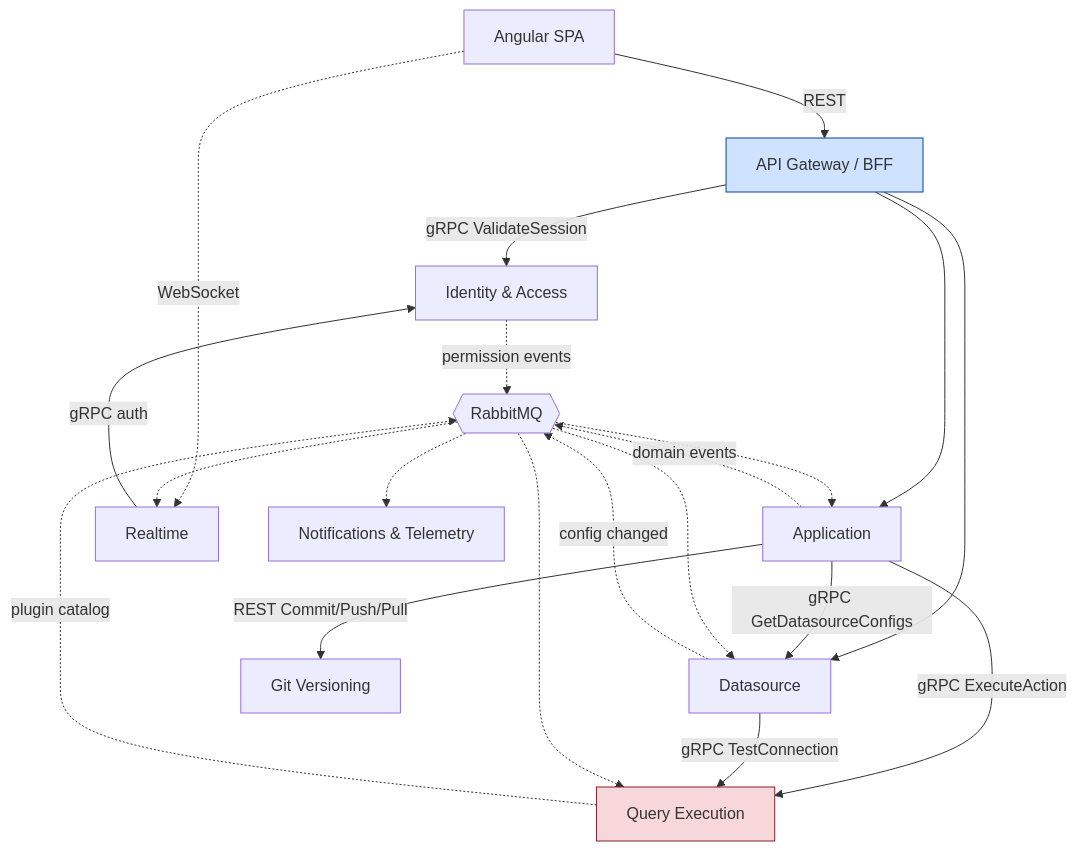
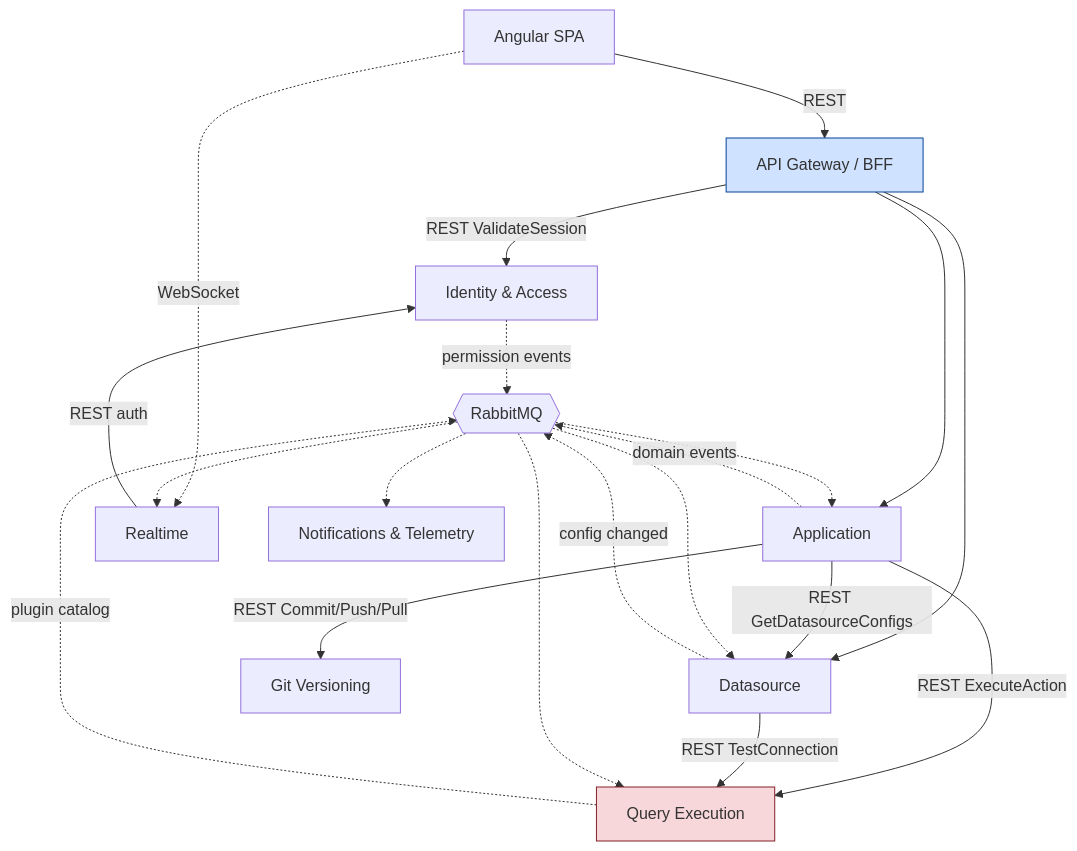
The diagram in microservices/02-target-architecture/01-service-inventory.md (hudaSharings/appsmith-docs), drawn with Mermaid before and after one commit. The commit also changed other lines of this file and 24 other files, not shown here.

````diff
--- a/microservices/02-target-architecture/01-service-inventory.md
+++ b/microservices/02-target-architecture/01-service-inventory.md
@@ -267,37 +273,37 @@
 ```mermaid
 flowchart TB
     NG[Angular SPA]
     GW[API Gateway / BFF]
     IAM[Identity &amp; Access]
     APP[Application]
     DS[Datasource]
     EX[Query Execution]
     GIT[Git Versioning]
     RT[Realtime]
     NT[Notifications &amp; Telemetry]
     BR{{RabbitMQ}}
 
     NG -->|REST| GW
     NG -.->|WebSocket| RT
-    GW -->|gRPC ValidateSession| IAM
+    GW -->|REST ValidateSession| IAM
     GW --> APP
     GW --> DS
-    APP -->|gRPC ExecuteAction| EX
-    APP -->|gRPC GetDatasourceConfigs| DS
+    APP -->|REST ExecuteAction| EX
+    APP -->|REST GetDatasourceConfigs| DS
     APP -->|REST Commit/Push/Pull| GIT
-    DS -->|gRPC TestConnection| EX
-    RT -->|gRPC auth| IAM
+    DS -->|REST TestConnection| EX
+    RT -->|REST auth| IAM
 
     IAM -.->|permission events| BR
     DS -.->|config changed| BR
     EX -.->|plugin catalog| BR
     APP -.->|domain events| BR
     BR -.-> APP
     BR -.-> DS
     BR -.-> EX
     BR -.-> NT
     BR -.-> RT
 
     style EX fill:#f8d7da,stroke:#842029
     style GW fill:#cfe2ff,stroke:#084298
 ```
````
